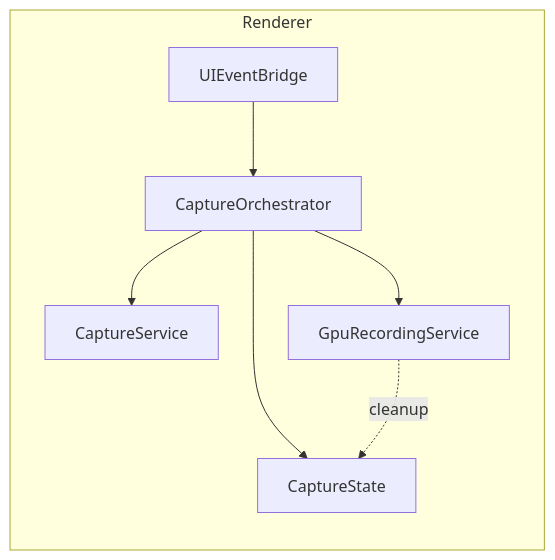
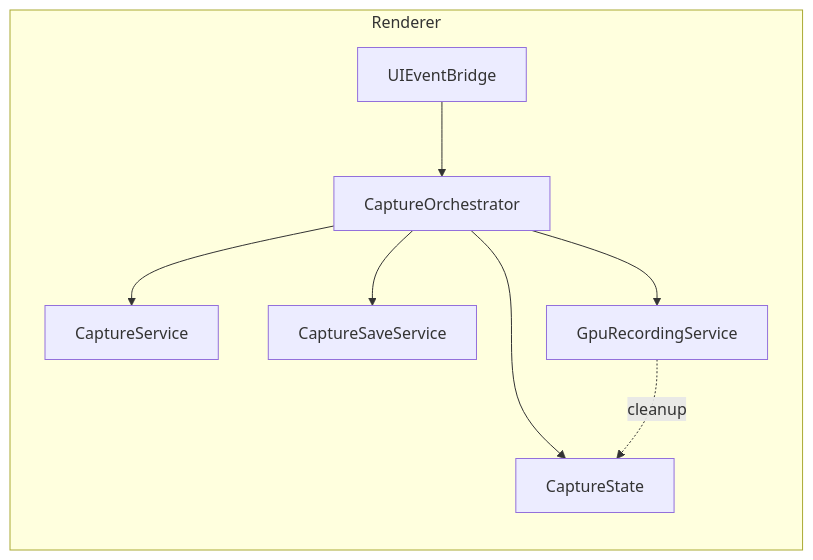
The second of 7 diagrams in docs/architecture-diagrams.md (josstei/prismgb-app), drawn with Mermaid before and after one commit. The commit also changed other lines of this file and 80 other files, not shown here.

````diff
--- a/docs/architecture-diagrams.md
+++ b/docs/architecture-diagrams.md
@@ -47,17 +47,19 @@
 ```mermaid
 flowchart LR
   subgraph RENDERER[Renderer]
     UIEventBridge[UIEventBridge]
     CaptureOrchestrator[CaptureOrchestrator]
     CaptureService[CaptureService]
+    CaptureSaveService[CaptureSaveService]
     GpuRecordingService[GpuRecordingService]
     CaptureState[CaptureState]
   end
 
   UIEventBridge --> CaptureOrchestrator
   CaptureOrchestrator --> CaptureService
+  CaptureOrchestrator --> CaptureSaveService
   CaptureOrchestrator --> GpuRecordingService
   CaptureOrchestrator --> CaptureState
 
   GpuRecordingService -. cleanup .-> CaptureState
 ```
````
